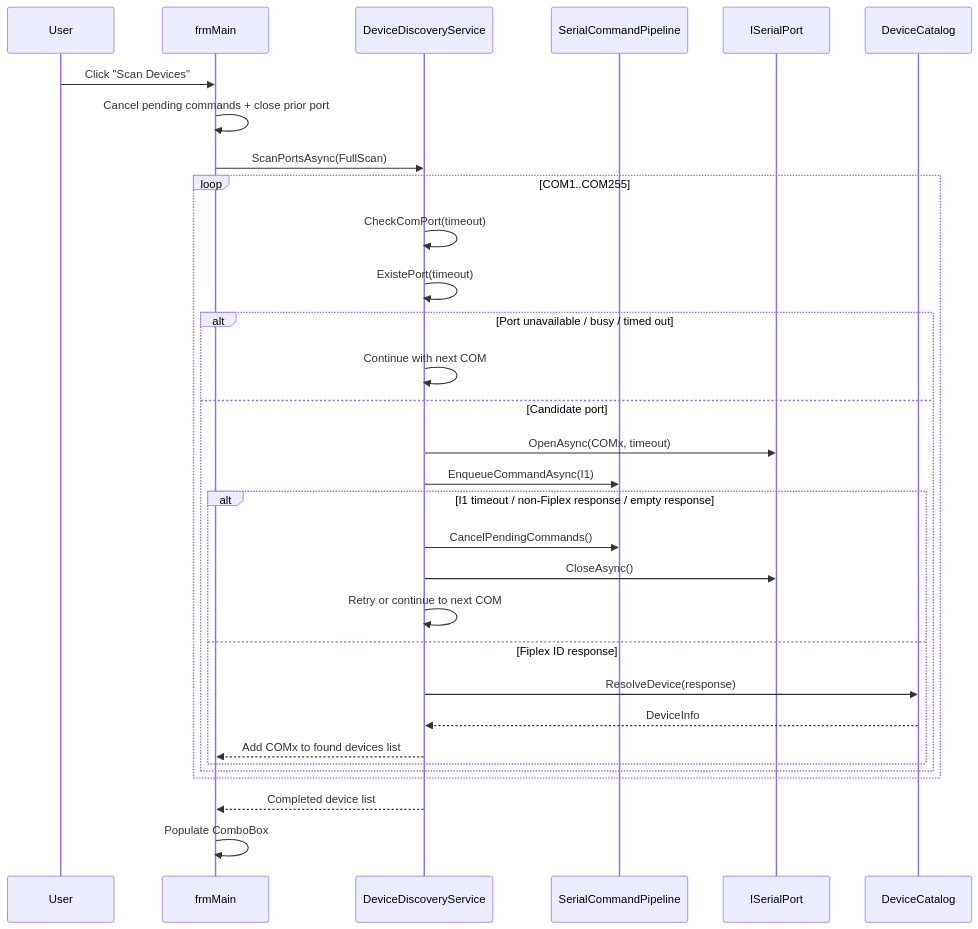
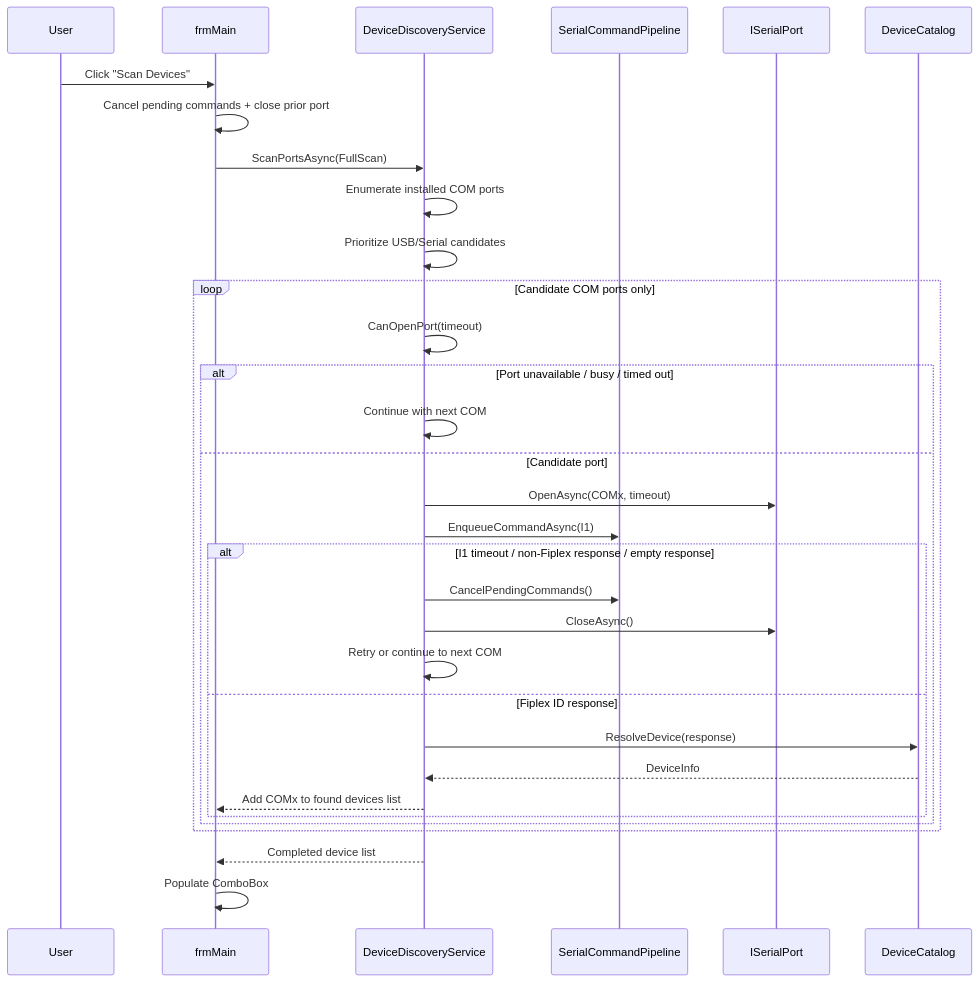
The fourth of 7 diagrams in docs/en/40-operational-flows/operational-flows.md (lucianocastr/FCS-Driven), drawn with Mermaid before and after one commit. The commit also changed other lines of this file and 3 other files, not shown here.

Commit message:
feat: improve USB/Serial port scanning by prioritizing connected devices and optimizing port evaluation

````diff
--- a/docs/en/40-operational-flows/operational-flows.md
+++ b/docs/en/40-operational-flows/operational-flows.md
@@ -204,38 +206,40 @@
 ```mermaid
 sequenceDiagram
     participant User
     participant Main as frmMain
     participant Scan as DeviceDiscoveryService
     participant Pipe as SerialCommandPipeline
     participant Serial as ISerialPort
     participant Cat as DeviceCatalog
 
     User->>Main: Click "Scan Devices"
     Main->>Main: Cancel pending commands + close prior port
     Main->>Scan: ScanPortsAsync(FullScan)
 
-    loop COM1..COM255
-        Scan->>Scan: CheckComPort(timeout)
-        Scan->>Scan: ExistePort(timeout)
+    Scan->>Scan: Enumerate installed COM ports
+    Scan->>Scan: Prioritize USB/Serial candidates
+
+    loop Candidate COM ports only
+        Scan->>Scan: CanOpenPort(timeout)
 
         alt Port unavailable / busy / timed out
             Scan->>Scan: Continue with next COM
         else Candidate port
             Scan->>Serial: OpenAsync(COMx, timeout)
             Scan->>Pipe: EnqueueCommandAsync(I1)
 
             alt I1 timeout / non-Fiplex response / empty response
                 Scan->>Pipe: CancelPendingCommands()
                 Scan->>Serial: CloseAsync()
                 Scan->>Scan: Retry or continue to next COM
             else Fiplex ID response
                 Scan->>Cat: ResolveDevice(response)
                 Cat-->>Scan: DeviceInfo
                 Scan-->>Main: Add COMx to found devices list
             end
         end
     end
 
     Scan-->>Main: Completed device list
     Main->>Main: Populate ComboBox
 ```
````
